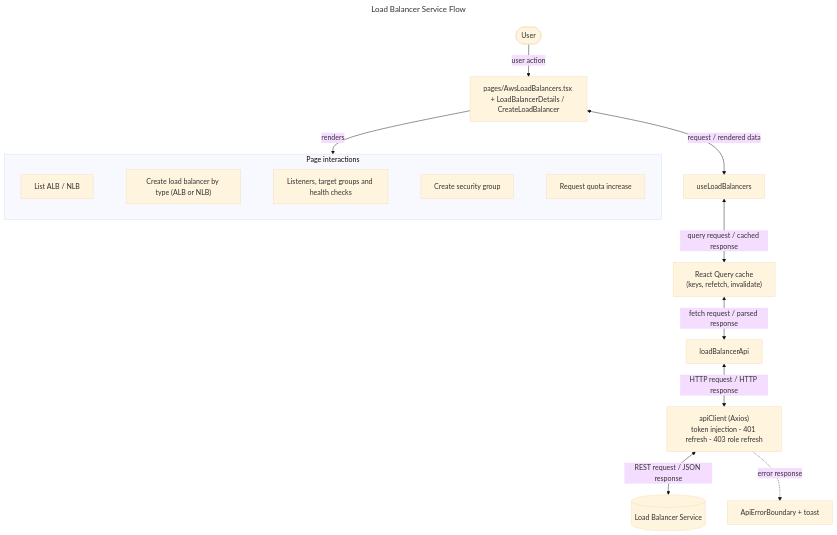
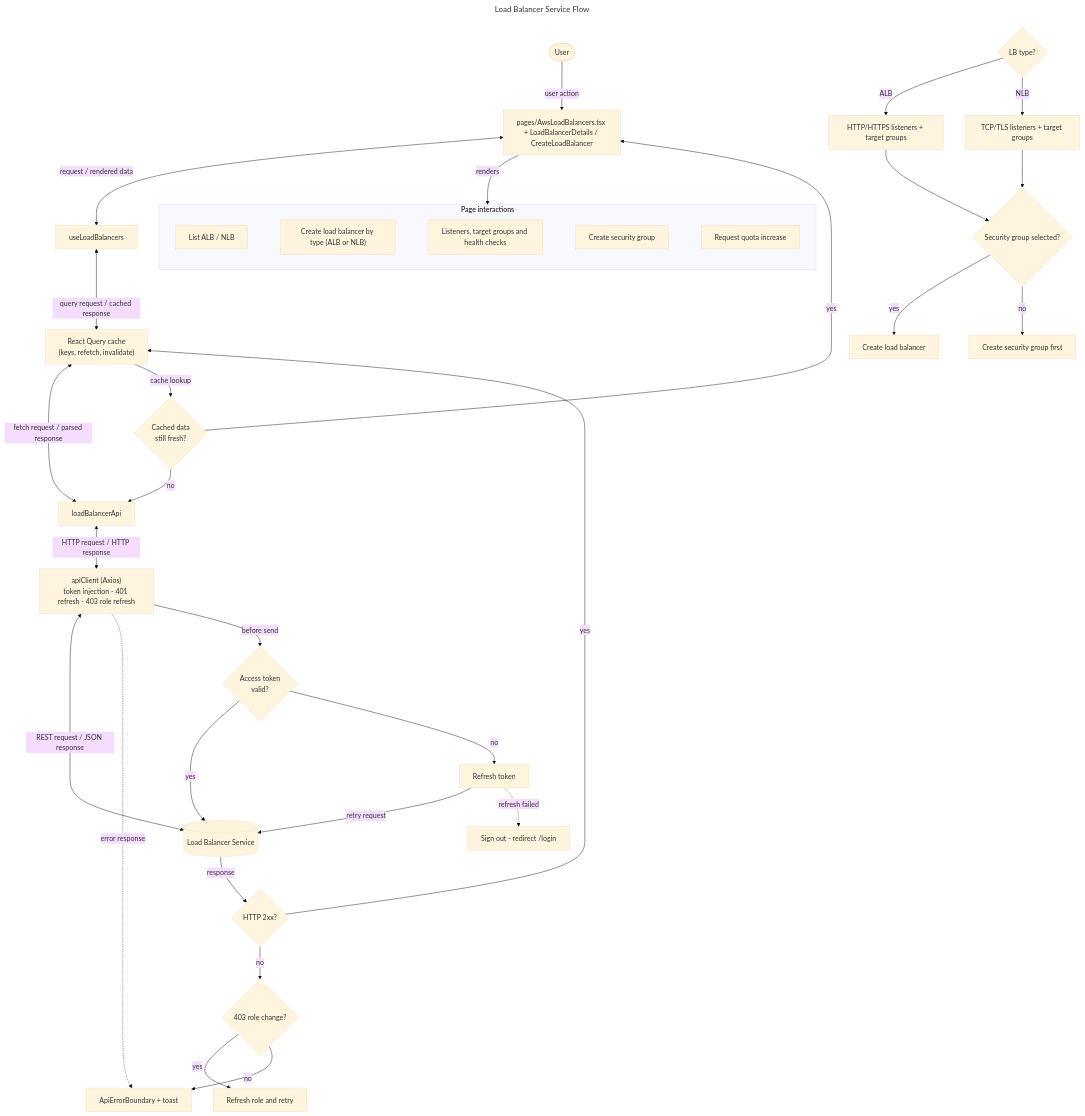
The diagram in docs/flowcharts/load-balancers.mmd (sayeeduddinofficial/user-table-view), drawn with Mermaid (base theme) before and after one commit. The commit also changed 18 other files, not shown here.

```diff
--- a/docs/flowcharts/load-balancers.mmd
+++ b/docs/flowcharts/load-balancers.mmd
@@ -1,21 +1,43 @@
 ---
 title: Load Balancer Service Flow
 ---
 flowchart TD
   U([User]) -->|"user action"| P["pages/AwsLoadBalancers.tsx + LoadBalancerDetails / CreateLoadBalancer"]
   P <-->|"request / rendered data"| H["useLoadBalancers"]
   H <-->|"query request / cached response"| Q["React Query cache<br/>(keys, refetch, invalidate)"]
   Q <-->|"fetch request / parsed response"| A["loadBalancerApi"]
   A <-->|"HTTP request / HTTP response"| C["apiClient (Axios)<br/>token injection - 401 refresh - 403 role refresh"]
   C <-->|"REST request / JSON response"| S[("Load Balancer Service")]
   P -->|"renders"| UI
   subgraph UI[Page interactions]
     direction LR
     S0["List ALB / NLB"]
     S1["Create load balancer by type (ALB or NLB)"]
     S2["Listeners, target groups and health checks"]
     S3["Create security group"]
     S4["Request quota increase"]
     S0 ~~~ S1 ~~~ S2 ~~~ S3 ~~~ S4
   end
   C -. "error response" .-> E["ApiErrorBoundary + toast"]
+
+  %% ---- Condition-based paths ----
+  Q -->|"cache lookup"| D1{"Cached data<br/>still fresh?"}
+  D1 -->|"yes"| P
+  D1 -->|"no"| A
+  C -->|"before send"| D2{"Access token<br/>valid?"}
+  D2 -->|"yes"| S
+  D2 -->|"no"| RT["Refresh token"]
+  RT -->|"retry request"| S
+  RT -. "refresh failed" .-> LO["Sign out - redirect /login"]
+  S -->|"response"| D3{"HTTP 2xx?"}
+  D3 -->|"yes"| Q
+  D3 -->|"no"| D4{"403 role change?"}
+  D4 -->|"yes"| RR["Refresh role and retry"]
+  D4 -->|"no"| E
+  %% ---- Service specific decisions ----
+  X0{"LB type?"} -->|"ALB"| X1["HTTP/HTTPS listeners + target groups"]
+  X0 -->|"NLB"| X2["TCP/TLS listeners + target groups"]
+  X1 --> X3{"Security group selected?"}
+  X2 --> X3
+  X3 -->|"yes"| X4["Create load balancer"]
+  X3 -->|"no"| X5["Create security group first"]
```
